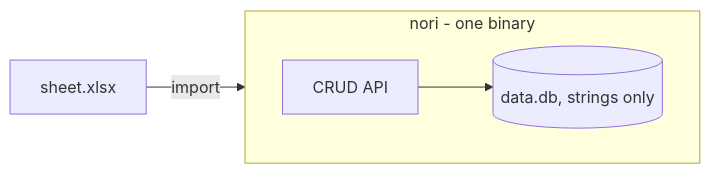
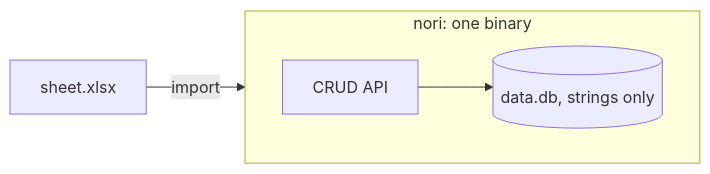
The first of 4 diagrams in ARCHITECTURE.md (ssupawat/nori), drawn with Mermaid before and after one commit. The commit also changed other lines of this file and 4 other files, not shown here.

````diff
--- a/ARCHITECTURE.md
+++ b/ARCHITECTURE.md
@@ -13,8 +13,8 @@
 ```mermaid
 flowchart LR
     sheet["sheet.xlsx"] -- import --> api
-    subgraph nori["nori - one binary"]
+    subgraph nori["nori: one binary"]
         direction LR
         api["CRUD API"] --> db[("data.db, strings only")]
     end
 ```
````
